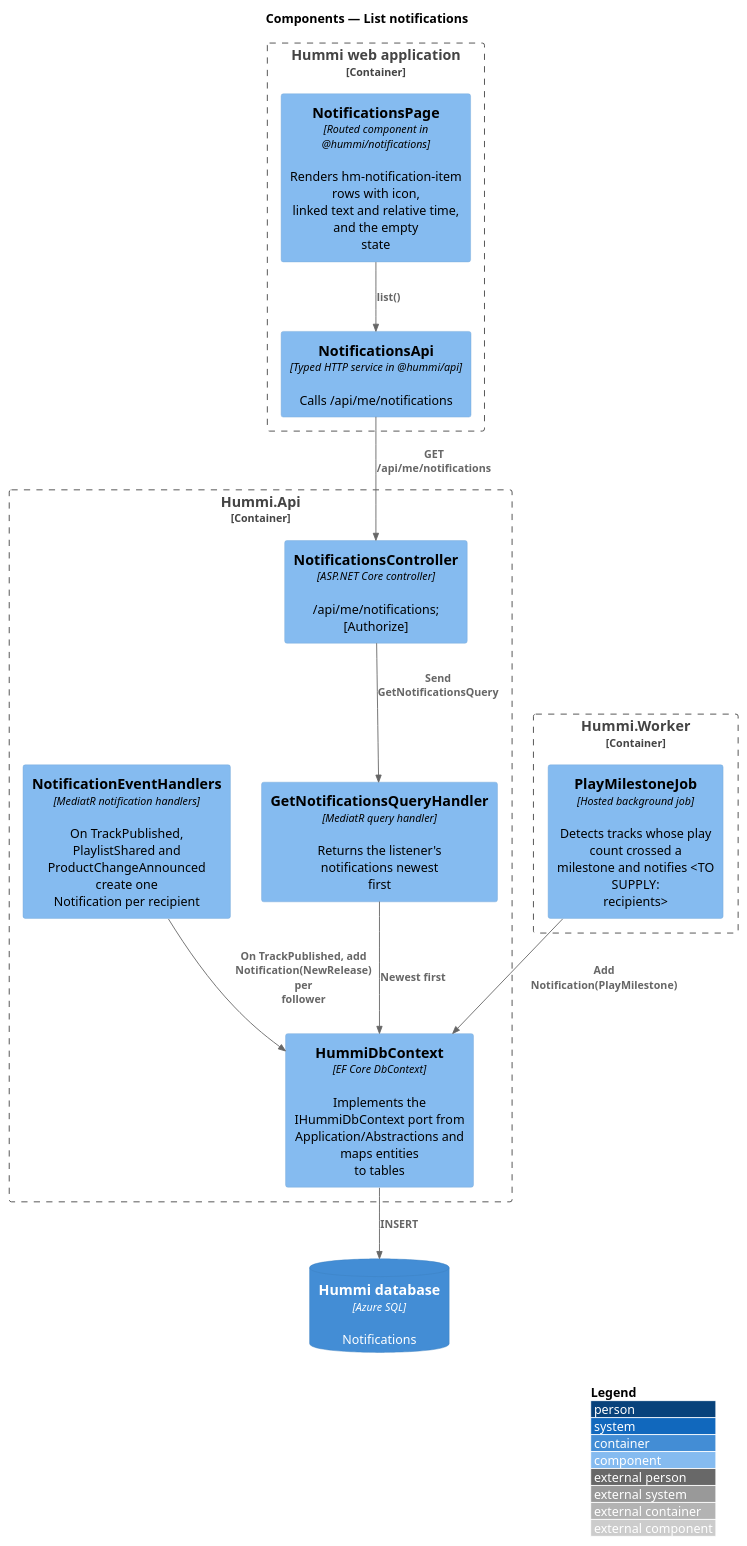
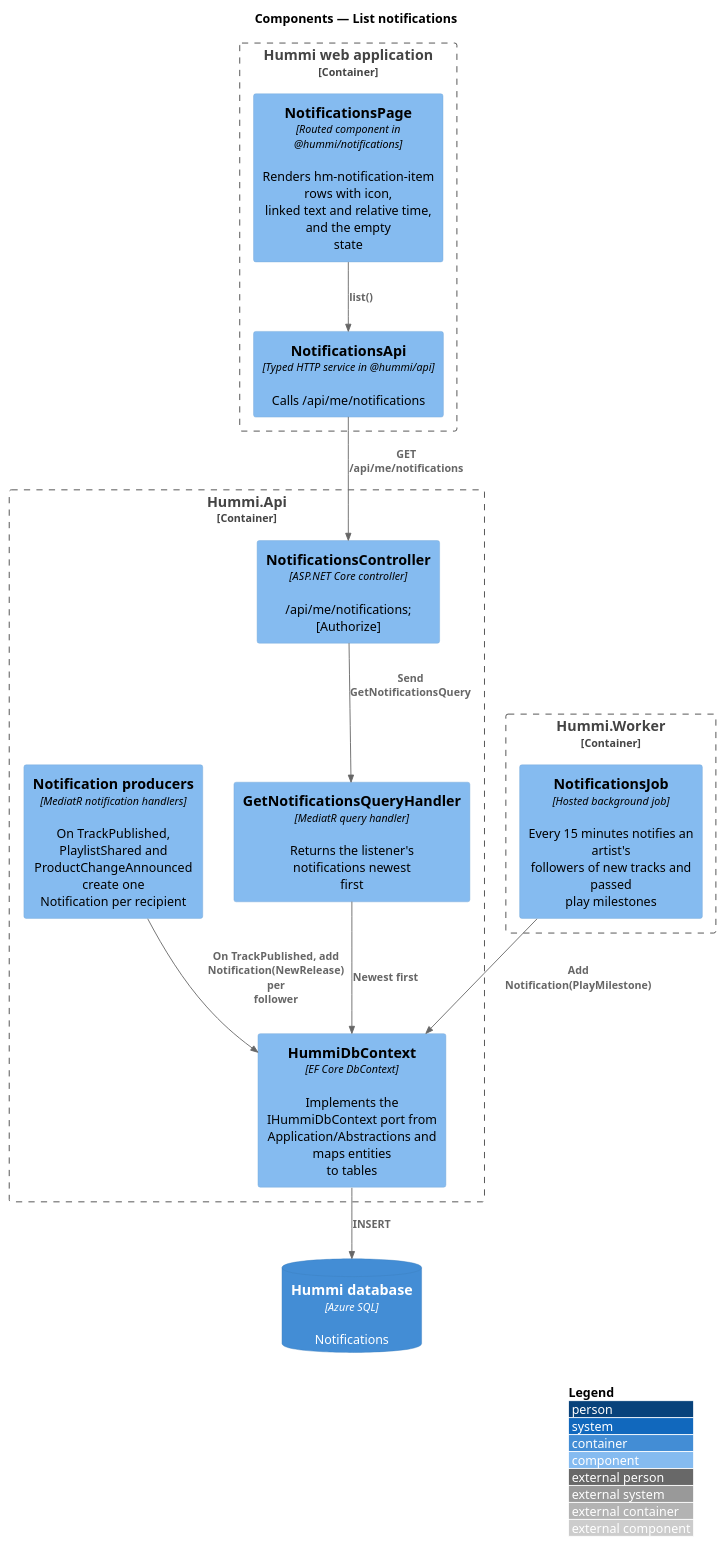
One commit to QuinntyneBrown/hummi changed the diagram in docs/detailed-designs/notifications/list-notifications/diagrams/c4-component.puml. Above: the diagram before and after it, drawn with PlantUML. The commit also changed 56 other files, not shown here.

First line of the commit message:
Stay informed: notifications for releases, shares, milestones and product changes

```diff
--- a/docs/detailed-designs/notifications/list-notifications/diagrams/c4-component.puml
+++ b/docs/detailed-designs/notifications/list-notifications/diagrams/c4-component.puml
@@ -1,27 +1,27 @@
 @startuml
 !include <C4/C4_Component>
 LAYOUT_WITH_LEGEND()
 title Components — List notifications
 
 Container_Boundary(spa, "Hummi web application") {
   Component(page, "NotificationsPage", "Routed component in @hummi/notifications", "Renders hm-notification-item rows with icon,\nlinked text and relative time, and the empty\nstate")
   Component(client, "NotificationsApi", "Typed HTTP service in @hummi/api", "Calls /api/me/notifications")
 }
 Container_Boundary(api, "Hummi.Api") {
   Component(ctl, "NotificationsController", "ASP.NET Core controller", "/api/me/notifications; [Authorize]")
   Component(q, "GetNotificationsQueryHandler", "MediatR query handler", "Returns the listener's notifications newest\nfirst")
-  Component(evt, "NotificationEventHandlers", "MediatR notification handlers", "On TrackPublished, PlaylistShared and\nProductChangeAnnounced create one\nNotification per recipient")
+  Component(evt, "Notification producers", "MediatR notification handlers", "On TrackPublished, PlaylistShared and\nProductChangeAnnounced create one\nNotification per recipient")
   Component(ctx, "HummiDbContext", "EF Core DbContext", "Implements the IHummiDbContext port from\nApplication/Abstractions and maps entities\nto tables")
 }
 Container_Boundary(wk, "Hummi.Worker") {
-  Component(job, "PlayMilestoneJob", "Hosted background job", "Detects tracks whose play count crossed a\nmilestone and notifies <TO SUPPLY:\nrecipients>")
+  Component(job, "NotificationsJob", "Hosted background job", "Every 15 minutes notifies an artist's\nfollowers of new tracks and passed\nplay milestones")
 }
 ContainerDb(db, "Hummi database", "Azure SQL", "Notifications")
 Rel(evt, ctx, "On TrackPublished, add\nNotification(NewRelease) per\nfollower")
 Rel(ctx, db, "INSERT")
 Rel(job, ctx, "Add Notification(PlayMilestone)")
 Rel(page, client, "list()")
 Rel(client, ctl, "GET /api/me/notifications")
 Rel(ctl, q, "Send GetNotificationsQuery")
 Rel(q, ctx, "Newest first")
 @enduml
```
